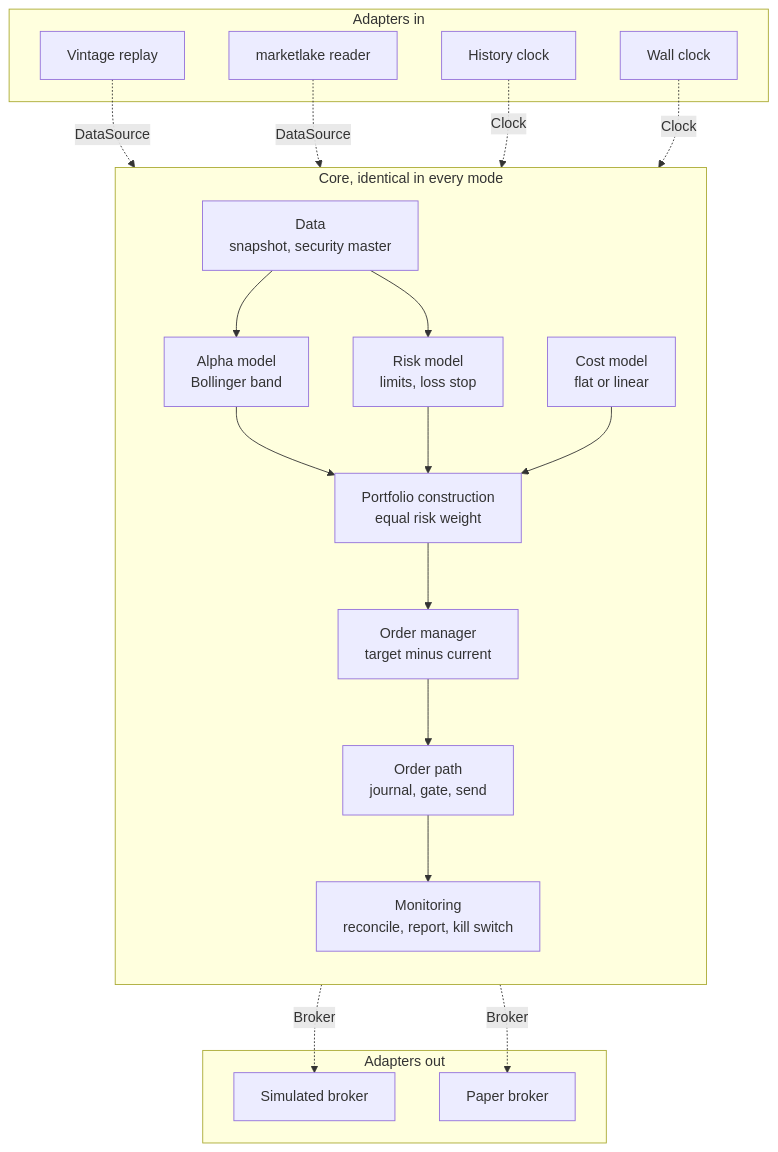
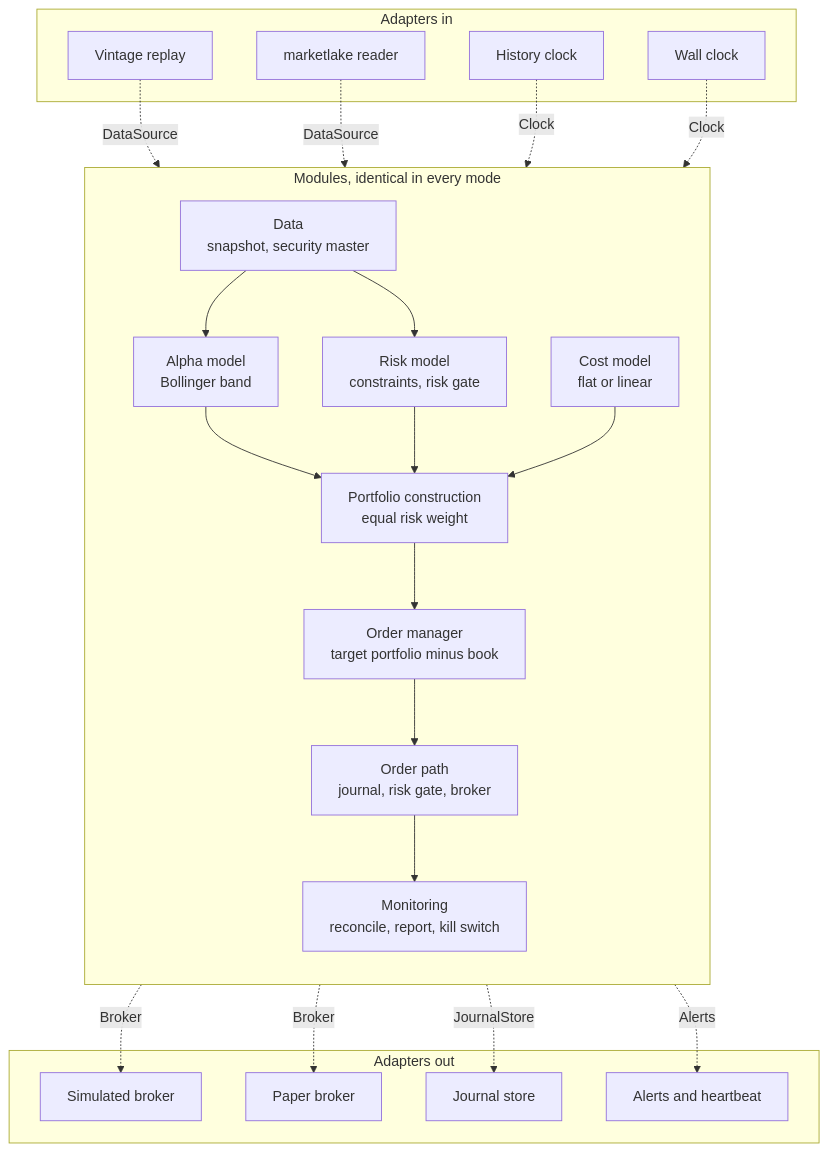
The second of 16 diagrams in docs/architecture.md (l3a0/ithildin-runtime), drawn with Mermaid before and after one commit. The commit also changed other lines of this file, not shown here.

First line of the commit message:
docs(architecture): apply the review's verified findings

````diff
--- a/docs/architecture.md
+++ b/docs/architecture.md
@@ -136,41 +170,45 @@
 ```mermaid
 flowchart TB
     subgraph adapters_in["Adapters in"]
         replay["Vintage replay"]
         lakesrc["marketlake reader"]
         histclock["History clock"]
         wallclock["Wall clock"]
     end
 
-    subgraph core["Core, identical in every mode"]
+    subgraph modules["Modules, identical in every mode"]
         direction TB
         data["Data<br/>snapshot, security master"]
         alpha["Alpha model<br/>Bollinger band"]
-        risk["Risk model<br/>limits, loss stop"]
+        risk["Risk model<br/>constraints, risk gate"]
         cost["Cost model<br/>flat or linear"]
         pc["Portfolio construction<br/>equal risk weight"]
-        om["Order manager<br/>target minus current"]
-        path["Order path<br/>journal, gate, send"]
+        om["Order manager<br/>target portfolio minus book"]
+        path["Order path<br/>journal, risk gate, broker"]
         mon["Monitoring<br/>reconcile, report, kill switch"]
         data --> alpha
         data --> risk
         alpha --> pc
         risk --> pc
         cost --> pc
         pc --> om
         om --> path
         path --> mon
     end
 
     subgraph adapters_out["Adapters out"]
         sim["Simulated broker"]
         paper["Paper broker"]
+        journalstore["Journal store"]
+        alertsink["Alerts and heartbeat"]
     end
 
     replay -. "DataSource" .-> data
     lakesrc -. "DataSource" .-> data
-    histclock -. "Clock" .-> core
-    wallclock -. "Clock" .-> core
+    histclock -. "Clock" .-> modules
+    wallclock -. "Clock" .-> modules
     path -. "Broker" .-> sim
     path -. "Broker" .-> paper
+    path -. "JournalStore" .-> journalstore
+    mon -. "Alerts" .-> alertsink
 ```
````
